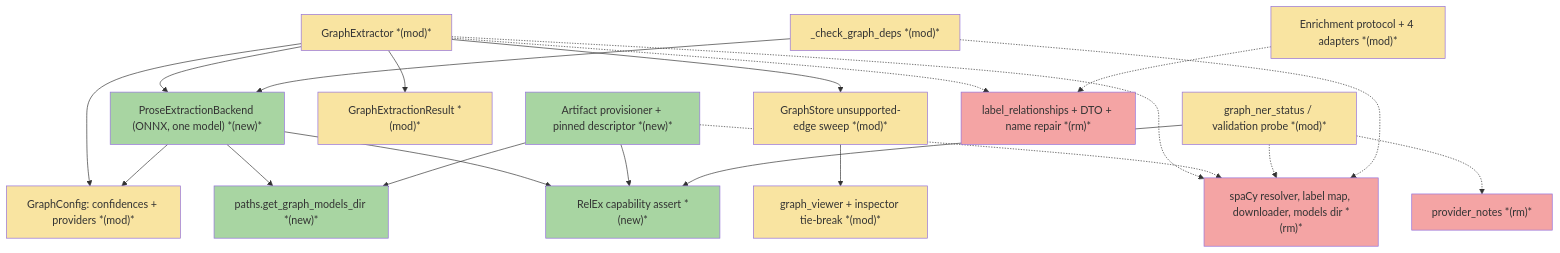
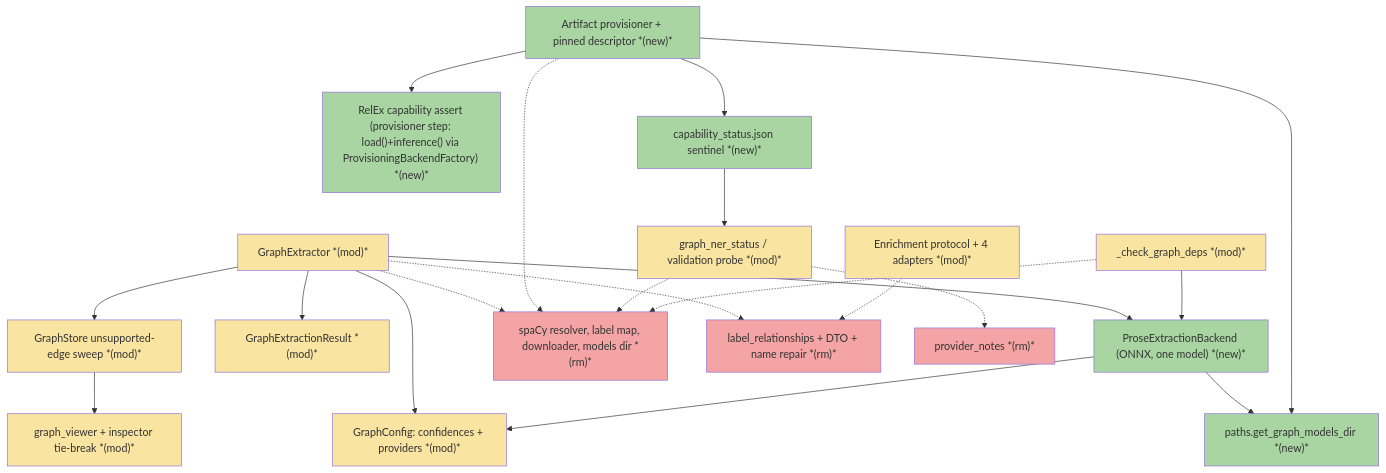
The first of 6 diagrams in Documentation/Backlog/2026-08-19-035-multilingual-graph-ner-team-plan.md (user538295/archon-search), drawn with Mermaid before and after one commit. The commit also changed other lines of this file and 6 other files, not shown here.

First line of the commit message:
docs(backlog): gate graph NER plan on a spike; resync its contracts

````diff
--- a/Documentation/Backlog/2026-08-19-035-multilingual-graph-ner-team-plan.md
+++ b/Documentation/Backlog/2026-08-19-035-multilingual-graph-ner-team-plan.md
@@ -160,58 +191,60 @@
 ```mermaid
 flowchart TD
   classDef newNode fill:#a8d5a2;
   classDef modNode fill:#f9e4a1;
   classDef rmNode fill:#f4a4a4;
 
   GE["GraphExtractor *(mod)*"]
   GLE["ProseExtractionBackend (ONNX, one model) *(new)*"]
-  REX["RelEx capability assert *(new)*"]
+  REX["RelEx capability assert (provisioner step: load()+inference() via ProvisioningBackendFactory) *(new)*"]
   PROV["Artifact provisioner + pinned descriptor *(new)*"]
   GMD["paths.get_graph_models_dir *(new)*"]
+  CST["capability_status.json sentinel *(new)*"]
   GER["GraphExtractionResult *(mod)*"]
   GC["GraphConfig: confidences + providers *(mod)*"]
   EP["Enrichment protocol + 4 adapters *(mod)*"]
   GNS["graph_ner_status / validation probe *(mod)*"]
   CGD["_check_graph_deps *(mod)*"]
   GST["GraphStore unsupported-edge sweep *(mod)*"]
   GV["graph_viewer + inspector tie-break *(mod)*"]
   SPA["spaCy resolver, label map, downloader, models dir *(rm)*"]
   LRL["label_relationships + DTO + name repair *(rm)*"]
   PN["provider_notes *(rm)*"]
 
   GE --> GLE
   GE --> GER
   GE --> GC
   GE --> GST
   GE -.-> SPA
   GE -.-> LRL
   GLE --> GC
   GLE --> GMD
-  GLE --> REX
   PROV --> GMD
   PROV --> REX
+  PROV --> CST
   PROV -.-> SPA
   EP -.-> LRL
-  GNS --> REX
+  CST --> GNS
   GNS -.-> SPA
   GNS -.-> PN
   CGD --> GLE
   CGD -.-> SPA
   GST --> GV
 
   class GLE newNode;
   class REX newNode;
   class PROV newNode;
   class GMD newNode;
+  class CST newNode;
   class GE modNode;
   class GER modNode;
   class GC modNode;
   class EP modNode;
   class GNS modNode;
   class CGD modNode;
   class GST modNode;
   class GV modNode;
   class SPA rmNode;
   class LRL rmNode;
   class PN rmNode;
 ```
````
